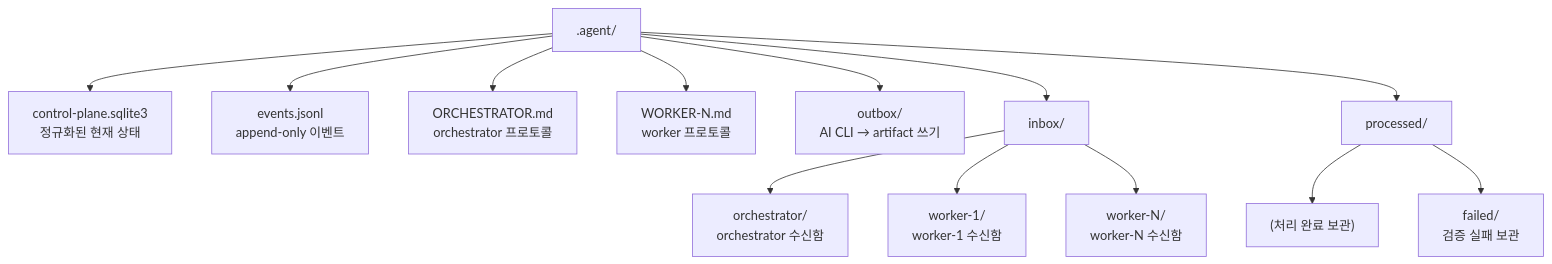
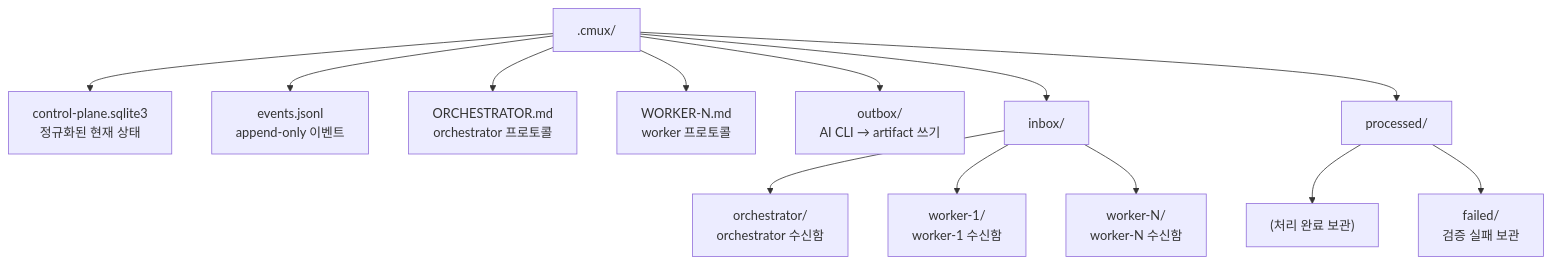
The tenth of 11 diagrams in docs/00-overview.md (ttalkkag/cmux-agent), drawn with Mermaid before and after one commit. The commit also changed other lines of this file and 6 other files, not shown here.

Commit message:
docs: .agent → .cmux 경로 참조 업데이트

````diff
--- a/docs/00-overview.md
+++ b/docs/00-overview.md
@@ -282,29 +282,29 @@
 ```mermaid
 graph TD
-    ROOT[".agent/"]
+    ROOT[".cmux/"]
     DB["control-plane.sqlite3<br/>정규화된 현재 상태"]
     EV["events.jsonl<br/>append-only 이벤트"]
     PROTO_O["ORCHESTRATOR.md<br/>orchestrator 프로토콜"]
     PROTO_W["WORKER-N.md<br/>worker 프로토콜"]
     OB["outbox/<br/>AI CLI → artifact 쓰기"]
     IB["inbox/"]
     IB_O["orchestrator/<br/>orchestrator 수신함"]
     IB_W1["worker-1/<br/>worker-1 수신함"]
     IB_WN["worker-N/<br/>worker-N 수신함"]
     PROC["processed/"]
     PROC_OK["(처리 완료 보관)"]
     PROC_FAIL["failed/<br/>검증 실패 보관"]
 
     ROOT --> DB
     ROOT --> EV
     ROOT --> PROTO_O
     ROOT --> PROTO_W
     ROOT --> OB
     ROOT --> IB
     ROOT --> PROC
     IB --> IB_O
     IB --> IB_W1
     IB --> IB_WN
     PROC --> PROC_OK
     PROC --> PROC_FAIL
 ```
````
